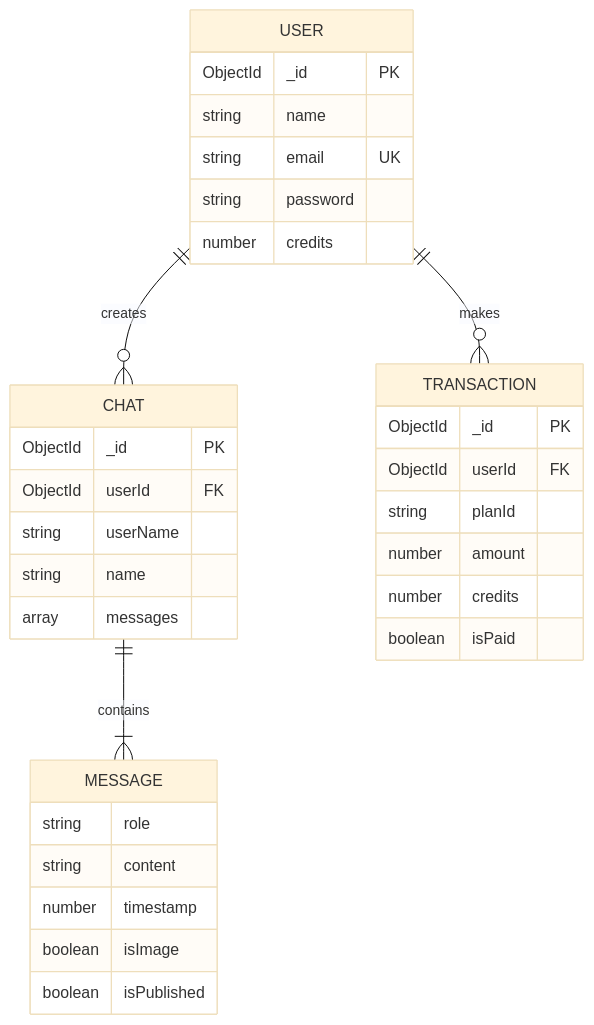
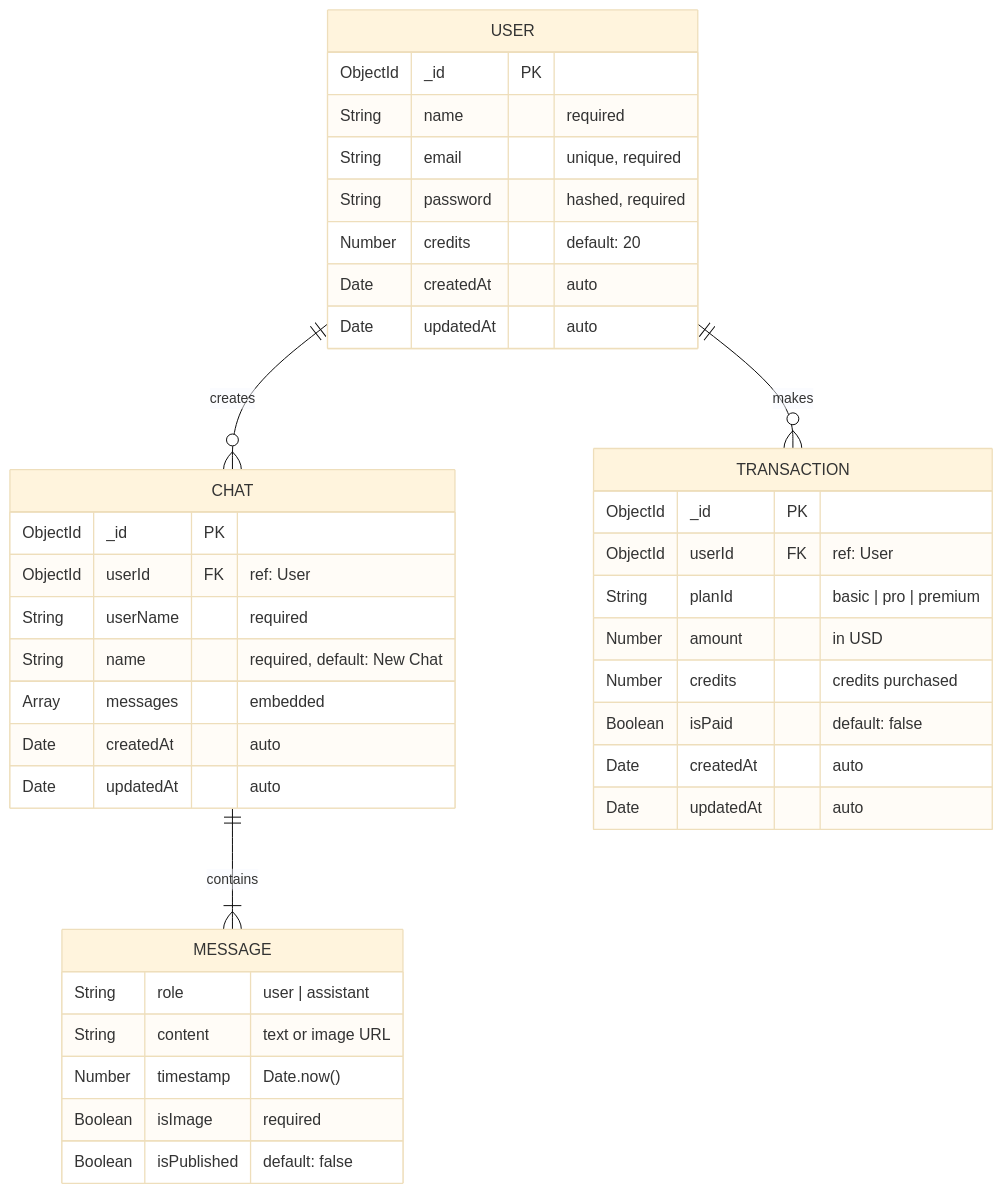
Before and after one commit to VIKRAMANR7/AuroraAI: the eighth of 10 diagrams in README.md, drawn with Mermaid (base theme). The commit also changed other lines of this file and 5 other files, not shown here.

````diff
--- a/README.md
+++ b/README.md
@@ -70,39 +442,45 @@
 ```mermaid
 erDiagram
-    USER ||--o{ CHAT : creates
-    USER ||--o{ TRANSACTION : makes
-    CHAT ||--|{ MESSAGE : contains
+    USER ||--o{ CHAT : "creates"
+    USER ||--o{ TRANSACTION : "makes"
+    CHAT ||--|{ MESSAGE : "contains"
 
     USER {
         ObjectId _id PK
-        string name
-        string email UK
-        string password
-        number credits
+        String name "required"
+        String email "unique, required"
+        String password "hashed, required"
+        Number credits "default: 20"
+        Date createdAt "auto"
+        Date updatedAt "auto"
     }
 
     CHAT {
         ObjectId _id PK
-        ObjectId userId FK
-        string userName
-        string name
-        array messages
+        ObjectId userId FK "ref: User"
+        String userName "required"
+        String name "required, default: New Chat"
+        Array messages "embedded"
+        Date createdAt "auto"
+        Date updatedAt "auto"
     }
 
     MESSAGE {
-        string role
-        string content
-        number timestamp
-        boolean isImage
-        boolean isPublished
+        String role "user | assistant"
+        String content "text or image URL"
+        Number timestamp "Date.now()"
+        Boolean isImage "required"
+        Boolean isPublished "default: false"
     }
 
     TRANSACTION {
         ObjectId _id PK
-        ObjectId userId FK
-        string planId
-        number amount
-        number credits
-        boolean isPaid
+        ObjectId userId FK "ref: User"
+        String planId "basic | pro | premium"
+        Number amount "in USD"
+        Number credits "credits purchased"
+        Boolean isPaid "default: false"
+        Date createdAt "auto"
+        Date updatedAt "auto"
     }
 ```
````
